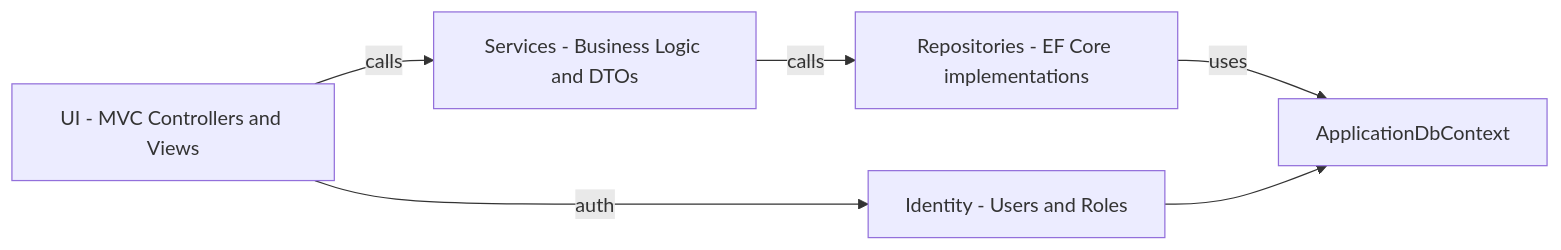
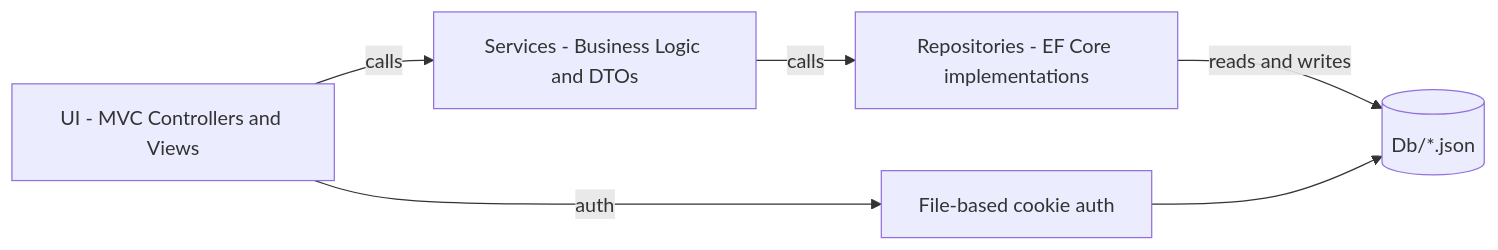
Before and after one commit to ShivaKrisl/ContactsManager-CleanArchitecture: the first of 2 diagrams in ContactsManager/README.md, drawn with Mermaid. The commit also changed other lines of this file and 20 other files, not shown here.

````diff
--- a/ContactsManager/README.md
+++ b/ContactsManager/README.md
@@ -40,8 +40,8 @@
 ```mermaid
 flowchart LR
   UI[UI - MVC Controllers and Views] -->|calls| Services[Services - Business Logic and DTOs]
   Services -->|calls| Repos[Repositories - EF Core implementations]
-  Repos -->|uses| Db[ApplicationDbContext]
-  UI -->|auth| Identity[Identity - Users and Roles]
-  Identity --> Db
+  Repos -->|reads and writes| Files[(Db/*.json)]
+  UI -->|auth| Auth[File-based cookie auth]
+  Auth --> Files
 ```
````
